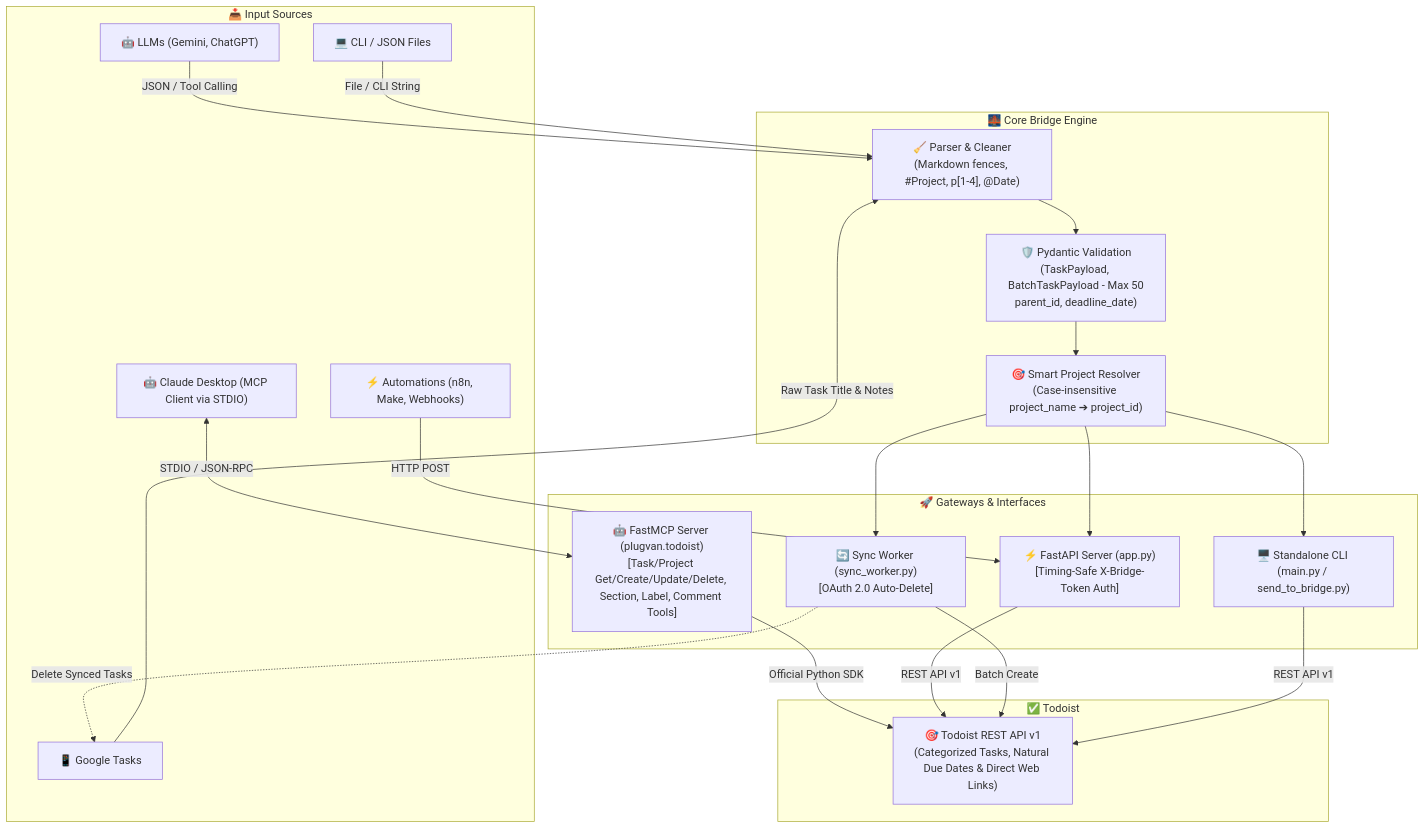
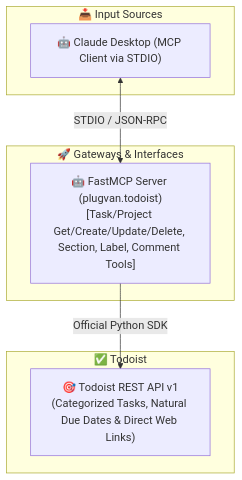
The diagram in README.md (kagankurubas/Todoist-MCP-Bridge), drawn with Mermaid before and after one commit. The commit also changed other lines of this file, not shown here.

First line of the commit message:
docs(readme): remove references to the legacy Bridge surface

````diff
--- a/README.md
+++ b/README.md
@@ -34,45 +32,17 @@
 ```mermaid
 flowchart TD
     subgraph Sources["📥 Input Sources"]
         A1["🤖 Claude Desktop (MCP Client via STDIO)"]
-        A2["🤖 LLMs (Gemini, ChatGPT)"]
-        A3["📱 Google Tasks"]
-        A4["⚡ Automations (n8n, Make, Webhooks)"]
-        A5["💻 CLI / JSON Files"]
-    end
-
-    subgraph CoreBridge["🌉 Core Bridge Engine"]
-        B1["🧹 Parser & Cleaner\n(Markdown fences, #Project, p[1-4], @Date)"]
-        B2["🛡️ Pydantic Validation\n(TaskPayload, BatchTaskPayload - Max 50\nparent_id, deadline_date)"]
-        B3["🎯 Smart Project Resolver\n(Case-insensitive project_name ➔ project_id)"]
     end
 
     subgraph Gateways["🚀 Gateways & Interfaces"]
         C1["🤖 FastMCP Server (plugvan.todoist)\n[Task/Project Get/Create/Update/Delete, Section, Label, Comment Tools]"]
-        C2["⚡ FastAPI Server (app.py)\n[Timing-Safe X-Bridge-Token Auth]"]
-        C3["🔄 Sync Worker (sync_worker.py)\n[OAuth 2.0 Auto-Delete]"]
-        C4["🖥️ Standalone CLI (main.py / send_to_bridge.py)"]
     end
 
     subgraph Todoist["✅ Todoist"]
         D["🎯 Todoist REST API v1\n(Categorized Tasks, Natural Due Dates & Direct Web Links)"]
     end
 
     A1 <-->|STDIO / JSON-RPC| C1
-    A2 -->|JSON / Tool Calling| B1
-    A3 -->|Raw Task Title & Notes| B1
-    A4 -->|HTTP POST| C2
-    A5 -->|File / CLI String| B1
-
-    B1 --> B2
-    B2 --> B3
-    B3 --> C2
-    B3 --> C3
-    B3 --> C4
-
     C1 -->|Official Python SDK| D
-    C2 -->|REST API v1| D
-    C3 -->|Batch Create| D
-    C3 -.->|Delete Synced Tasks| A3
-    C4 -->|REST API v1| D
 ```
````
